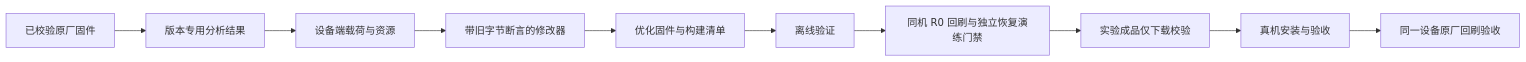
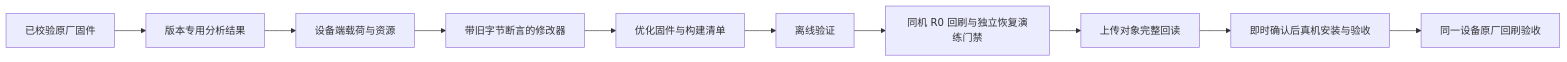
The diagram in reference/DESIGN/AP01-1.0.2_0031-opt.bin.md (andy-JustSayWhen/cuktech-ap01-firmware-tools), drawn with Mermaid before and after one commit. The commit also changed other lines of this file and 5 other files, not shown here.

````diff
--- a/reference/DESIGN/AP01-1.0.2_0031-opt.bin.md
+++ b/reference/DESIGN/AP01-1.0.2_0031-opt.bin.md
@@ -126,12 +127,12 @@
 ```mermaid
 flowchart LR
     A["已校验原厂固件"] --> B["版本专用分析结果"]
     B --> C["设备端载荷与资源"]
     C --> D["带旧字节断言的修改器"]
     D --> E["优化固件与构建清单"]
     E --> F["离线验证"]
     F --> G["同机 R0 回刷与独立恢复演练门禁"]
-    G --> H["实验成品仅下载校验"]
-    H --> I["真机安装与验收"]
+    G --> H["上传对象完整回读"]
+    H --> I["即时确认后真机安装与验收"]
     I --> J["同一设备原厂回刷验收"]
 ```
````
